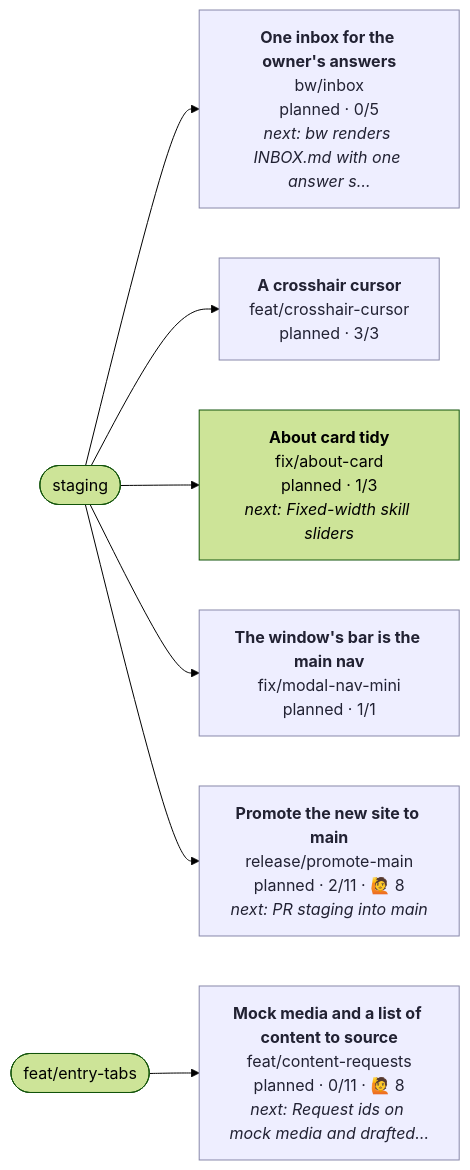
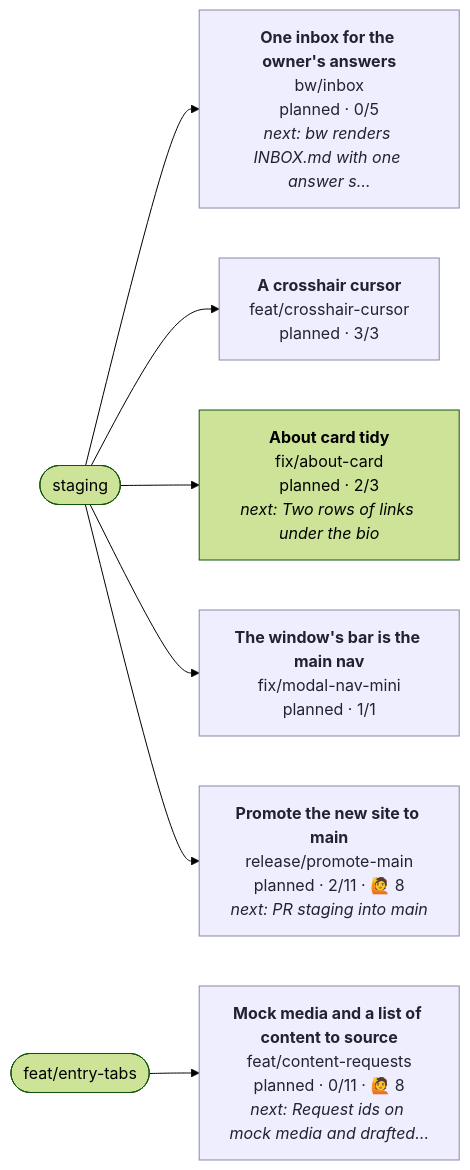
Before and after one commit to henryjonescodes/portfolio: the diagram in CONTRIBUTING.md, drawn with Mermaid (forest theme). The commit also changed other lines of this file, not shown here.

````diff
--- a/CONTRIBUTING.md
+++ b/CONTRIBUTING.md
@@ -17,28 +17,28 @@
 ```mermaid
 flowchart LR
   n_staging([staging])
   n_feat_entry_tabs([feat/entry-tabs])
   n_bw_inbox["<b>One inbox for the owner's answers</b><br/>bw/inbox<br/>planned · 0/5<br/><i>next: bw renders INBOX.md with one answer s…</i>"]
   class n_bw_inbox planned
   n_staging --> n_bw_inbox
   n_feat_content_requests["<b>Mock media and a list of content to source</b><br/>feat/content-requests<br/>planned · 0/11 · 🙋 8<br/><i>next: Request ids on mock media and drafted…</i>"]
   class n_feat_content_requests planned
   n_feat_entry_tabs --> n_feat_content_requests
   n_feat_crosshair_cursor["<b>A crosshair cursor</b><br/>feat/crosshair-cursor<br/>planned · 3/3"]
   class n_feat_crosshair_cursor planned
   n_staging --> n_feat_crosshair_cursor
-  n_fix_about_card["<b>About card tidy</b><br/>fix/about-card<br/>planned · 1/3<br/><i>next: Fixed-width skill sliders</i>"]
+  n_fix_about_card["<b>About card tidy</b><br/>fix/about-card<br/>planned · 2/3<br/><i>next: Two rows of links under the bio</i>"]
   class n_fix_about_card planned,current
   n_staging --> n_fix_about_card
   n_fix_modal_nav_mini["<b>The window's bar is the main nav</b><br/>fix/modal-nav-mini<br/>planned · 1/1"]
   class n_fix_modal_nav_mini planned
   n_staging --> n_fix_modal_nav_mini
   n_release_promote_main["<b>Promote the new site to main</b><br/>release/promote-main<br/>planned · 2/11 · 🙋 8<br/><i>next: PR staging into main</i>"]
   class n_release_promote_main planned
   n_staging --> n_release_promote_main
   classDef planned fill:#eef,stroke:#88a,color:#223
   classDef active fill:#dfd,stroke:#3a3,stroke-width:3px,color:#132
   classDef blocked fill:#fdd,stroke:#c33,color:#311
   classDef review fill:#ffd,stroke:#cc3,color:#331
   classDef current stroke:#06c,stroke-width:4px
 ```
````
